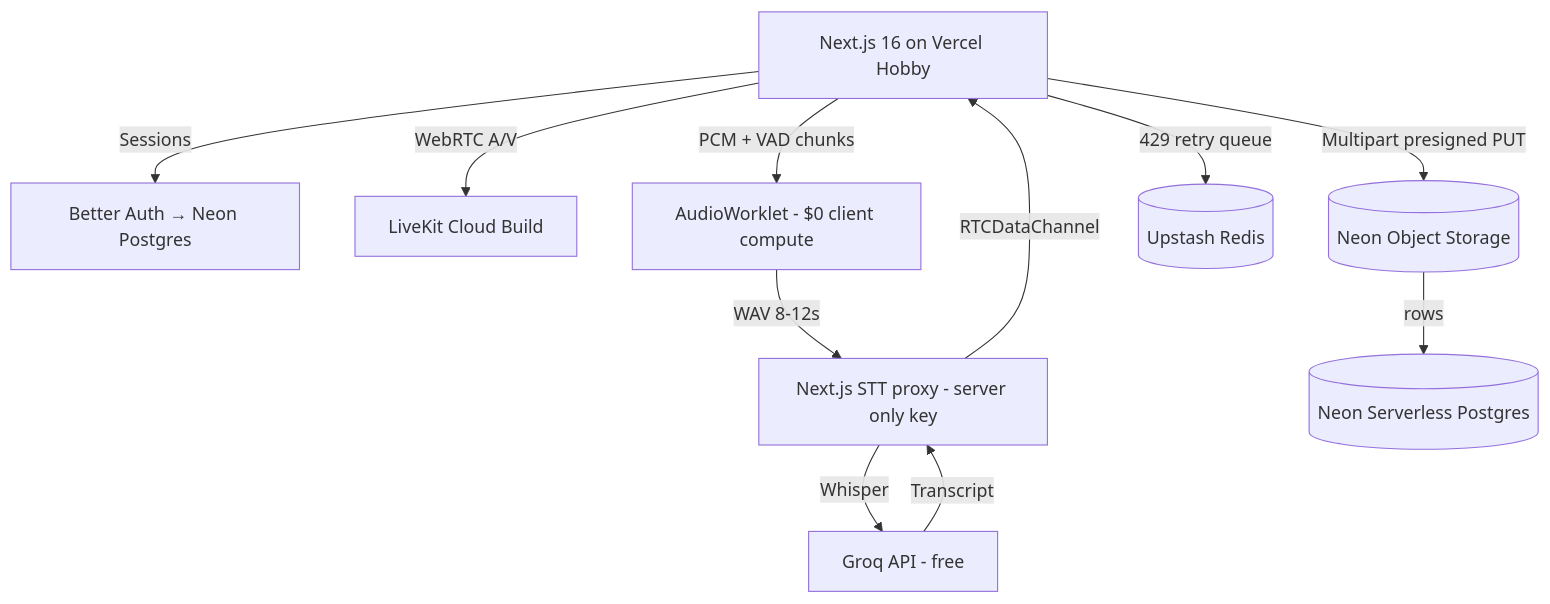
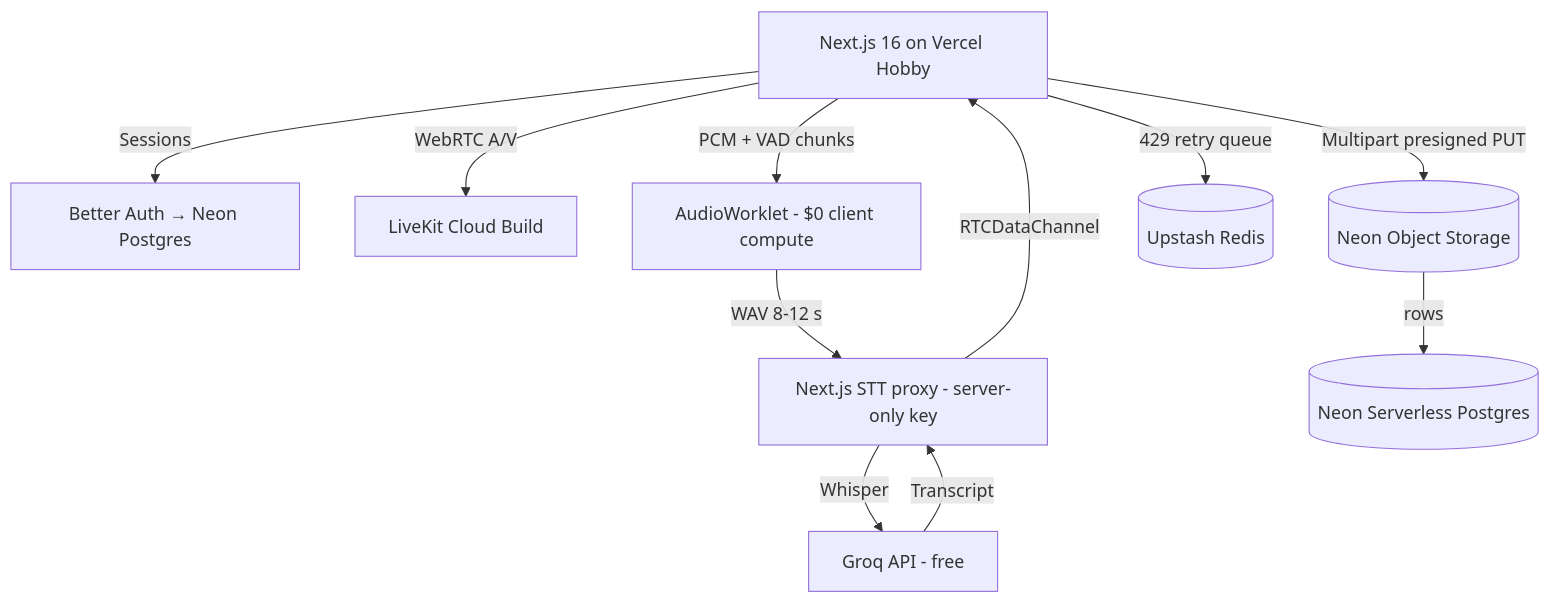
One commit to Ankitbhalke137/synthetix-engine changed the diagram in README.md. Above: the diagram before and after it, drawn with Mermaid. The commit also changed other lines of this file and 23 other files, not shown here.

````diff
--- a/README.md
+++ b/README.md
@@ -23,13 +95,13 @@
 ```mermaid
 graph TD
     Client[Next.js 16 on Vercel Hobby] -->|Sessions| Auth[Better Auth → Neon Postgres]
     Client -->|WebRTC A/V| SFU[LiveKit Cloud Build]
     Client -->|PCM + VAD chunks| Worklet[AudioWorklet - $0 client compute]
-    Worklet -->|WAV 8-12s| Proxy[Next.js STT proxy - server only key]
+    Worklet -->|WAV 8-12 s| Proxy[Next.js STT proxy - server-only key]
     Proxy -->|Whisper| Groq[Groq API - free]
     Groq -->|Transcript| Proxy
     Proxy -->|RTCDataChannel| Client
     Client -->|Multipart presigned PUT| Store[(Neon Object Storage)]
     Store -->|rows| DB[(Neon Serverless Postgres)]
     Client -->|429 retry queue| Redis[(Upstash Redis)]
 ```
````
